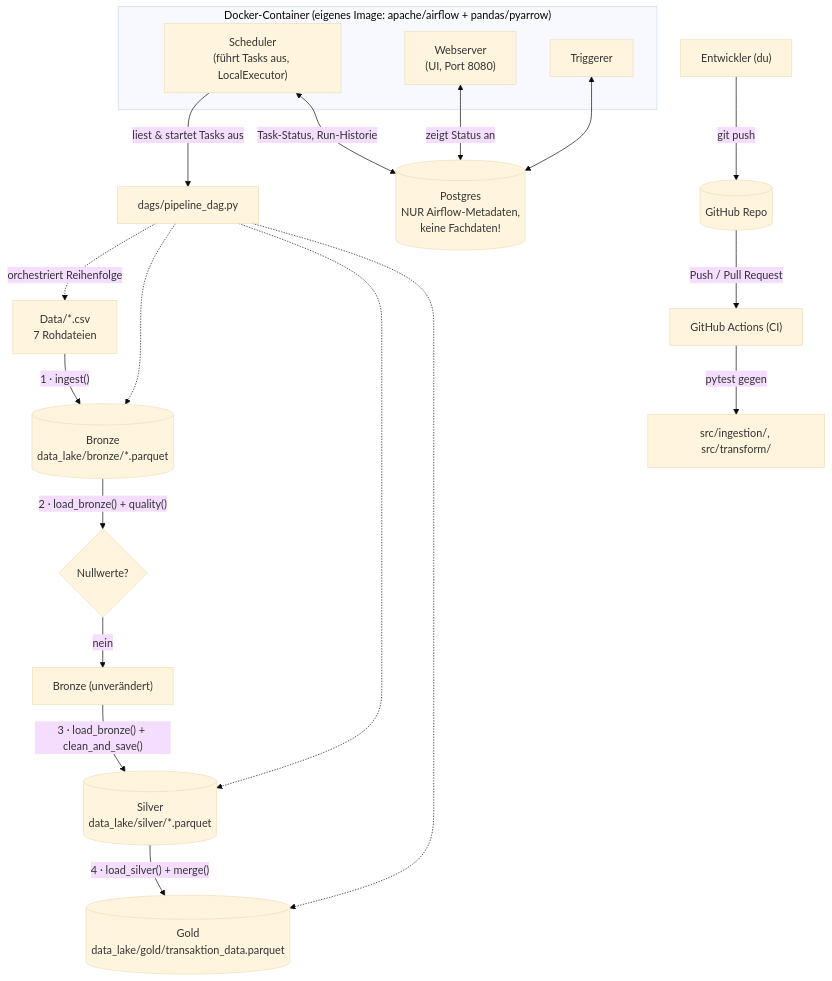
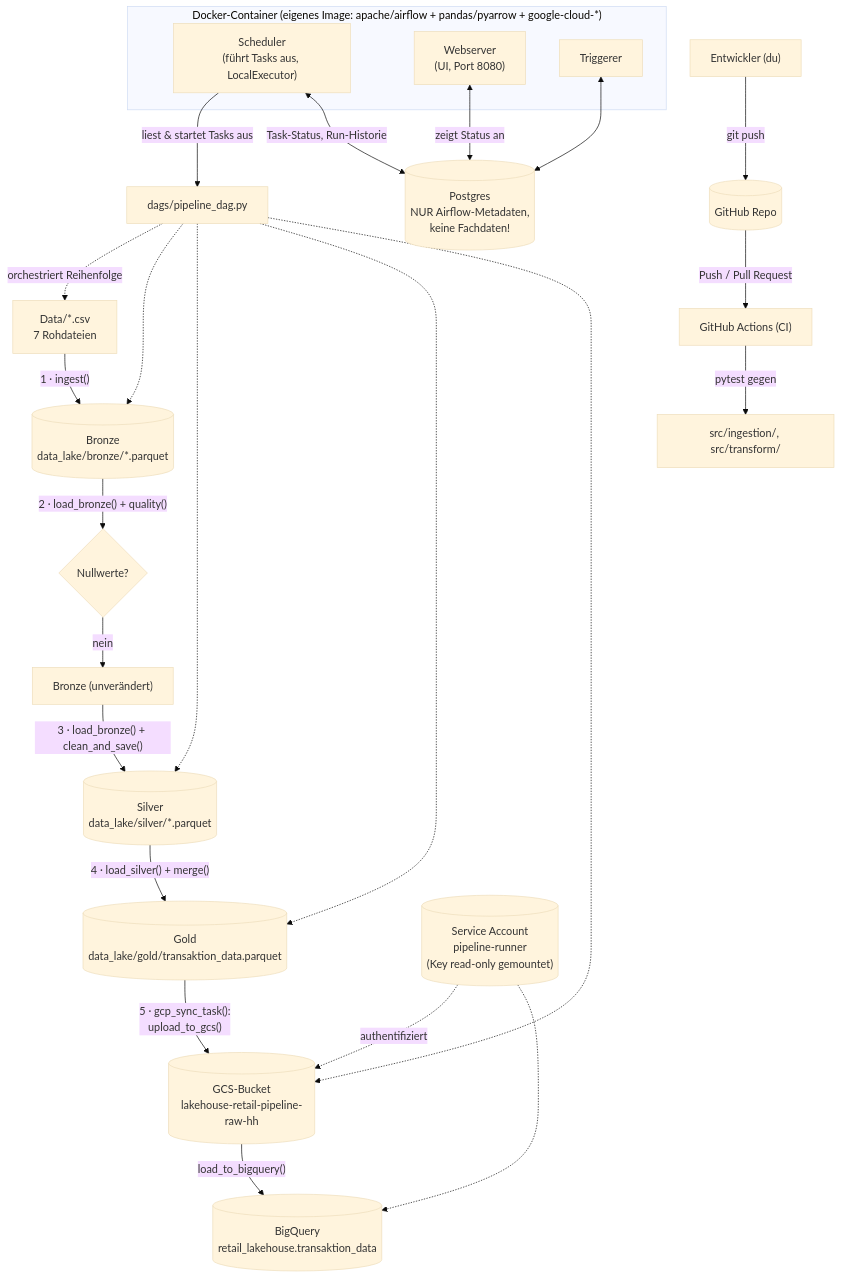
Before and after one commit to Sbata-Germany-25/lakehouse-retail-pipeline: the first of 2 diagrams in docs/architecture.md, drawn with Mermaid (base theme). The commit also changed other lines of this file and 1 other file, not shown here.

Commit message:
update docs to reflect GCP integration in Airflow DAG

````diff
--- a/docs/architecture.md
+++ b/docs/architecture.md
@@ -7,31 +7,38 @@
 ```mermaid
 flowchart TD
     CSV["Data/*.csv<br/>7 Rohdateien"] -->|"1 · ingest()"| BRONZE[("Bronze<br/>data_lake/bronze/*.parquet")]
 
     BRONZE -->|"2 · load_bronze() + quality()"| QCHECK{"Nullwerte?"}
     QCHECK -->|nein| BRONZE2["Bronze (unverändert)"]
 
     BRONZE2 -->|"3 · load_bronze() + clean_and_save()"| SILVER[("Silver<br/>data_lake/silver/*.parquet")]
 
     SILVER -->|"4 · load_silver() + merge()"| GOLD[("Gold<br/>data_lake/gold/transaktion_data.parquet")]
 
-    subgraph DOCKER["Docker-Container (eigenes Image: apache/airflow + pandas/pyarrow)"]
+    GOLD -->|"5 · gcp_sync_task():<br/>upload_to_gcs()"| GCS[("GCS-Bucket<br/>lakehouse-retail-pipeline-raw-hh")]
+    GCS -->|"load_to_bigquery()"| BQ[("BigQuery<br/>retail_lakehouse.transaktion_data")]
+
+    subgraph DOCKER["Docker-Container (eigenes Image: apache/airflow + pandas/pyarrow + google-cloud-*)"]
         SCHED["Scheduler<br/>(führt Tasks aus, LocalExecutor)"]
         WEB["Webserver<br/>(UI, Port 8080)"]
         TRIG["Triggerer"]
     end
+
+    SA[("Service Account<br/>pipeline-runner<br/>(Key read-only gemountet)")] -.->|"authentifiziert"| GCS
+    SA -.-> BQ
 
     SCHED -->|"liest & startet Tasks aus"| DAGFILE["dags/pipeline_dag.py"]
     DAGFILE -.->|orchestriert Reihenfolge| CSV
     DAGFILE -.-> BRONZE
     DAGFILE -.-> SILVER
     DAGFILE -.-> GOLD
+    DAGFILE -.-> GCS
 
     SCHED <-->|"Task-Status, Run-Historie"| METADB[("Postgres<br/>NUR Airflow-Metadaten,<br/>keine Fachdaten!")]
     WEB <-->|"zeigt Status an"| METADB
     TRIG <--> METADB
 
     DEV["Entwickler (du)"] -->|"git push"| GITHUB[("GitHub Repo")]
     GITHUB -->|"Push / Pull Request"| ACTIONS["GitHub Actions (CI)"]
     ACTIONS -->|"pytest gegen"| SRC["src/ingestion/, src/transform/"]
 ```
````
